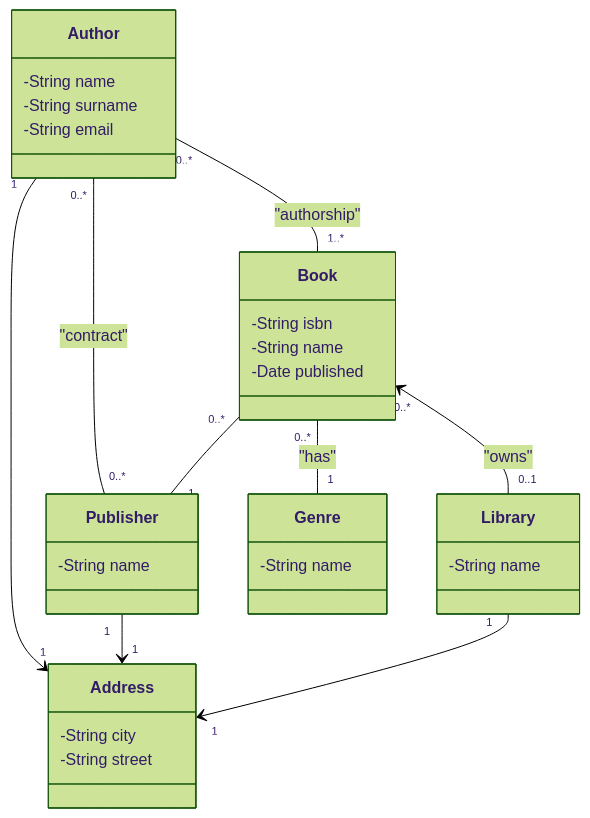
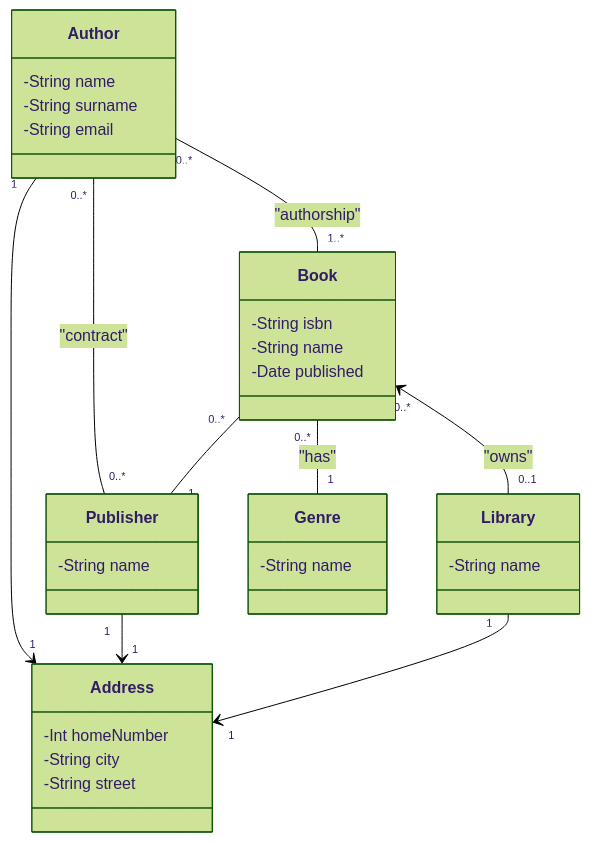
One commit to GlycerolVeinz/SIN changed the diagram in library.md. Above: the diagram before and after it, drawn with Mermaid (forest theme). The commit also changed 1 other file, not shown here.

Commit message:
did something on a lecture

````diff
--- a/library.md
+++ b/library.md
@@ -15,44 +15,45 @@
 ```mermaid
 classDiagram
 class Library{
     -String name
 }
 
 class Book {
     -String isbn 
     %% check ISBN when inputed to Library
     -String name
     -Date published 
     %%check less then 5 
 }
 
 class Publisher{
     -String name
 }
 
 class Author{
     -String name
     -String surname
     -String email
 }
 
 class Address{
+    -Int homeNumber
     -String city
     -String street
 }
 
 class Genre{
     -String name
 }
 
 Author "1" --> "1" Address 
 Author "0..*" -- "0..*" Publisher : "contract"
 Author "0..*" -- "1..*" Book : "authorship"
 
 Publisher "1" --> "1" Address
 Library "1" --> "1" Address
 
 Book "0..*" -- "1" Publisher
 Book "0..*" -- "1" Genre : "has"
 Book "0..*" <-- "0..1" Library : "owns" 
 ```
````
